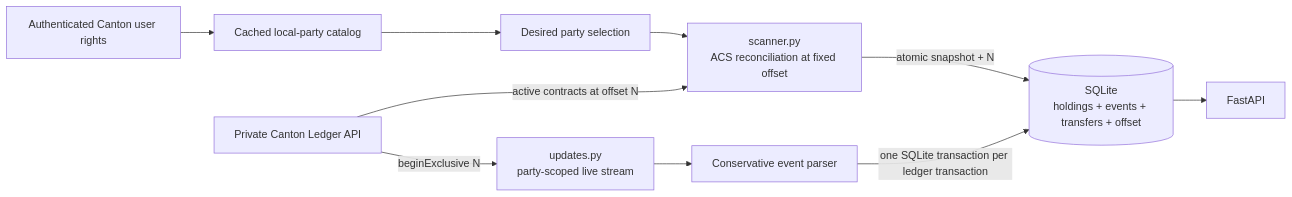
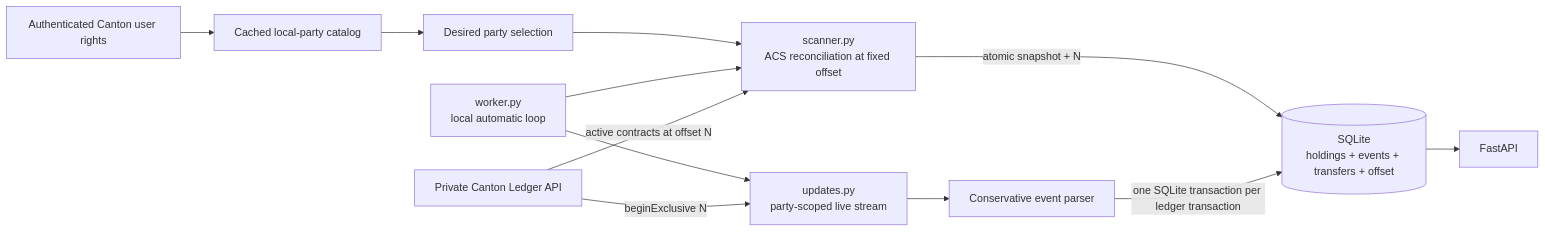
One commit to IbuChibu/canton-private-scanner changed the diagram in README.md. Above: the diagram before and after it, drawn with Mermaid. The commit also changed other lines of this file and 8 other files, not shown here.

````diff
--- a/README.md
+++ b/README.md
@@ -22,20 +22,23 @@
 ```mermaid
 flowchart LR
     R["Authenticated Canton user rights"]
     C["Cached local-party catalog"]
     S["Desired party selection"]
     L["Private Canton Ledger API"]
     A["scanner.py<br/>ACS reconciliation at fixed offset"]
     U["updates.py<br/>party-scoped live stream"]
+    W["worker.py<br/>local automatic loop"]
     P["Conservative event parser"]
     D[("SQLite<br/>holdings + events + transfers + offset")]
     F["FastAPI"]
 
     R --> C --> S --> A
+    W --> A
+    W --> U
     L -->|"active contracts at offset N"| A
     A -->|"atomic snapshot + N"| D
     L -->|"beginExclusive N"| U
     U --> P
     P -->|"one SQLite transaction per ledger transaction"| D
     D --> F
 ```
````
